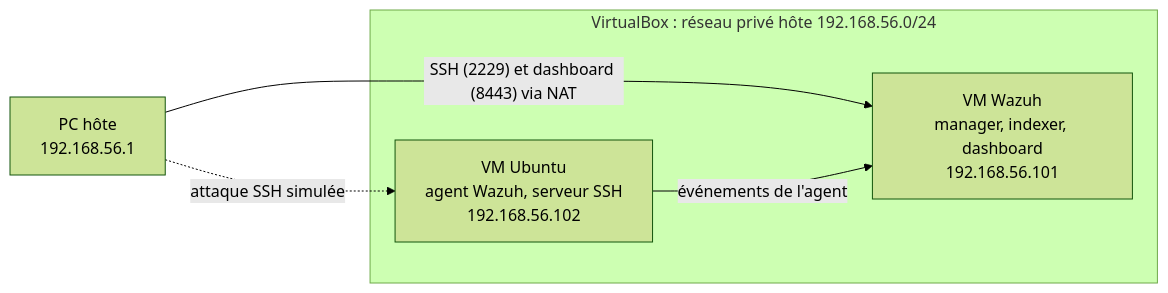
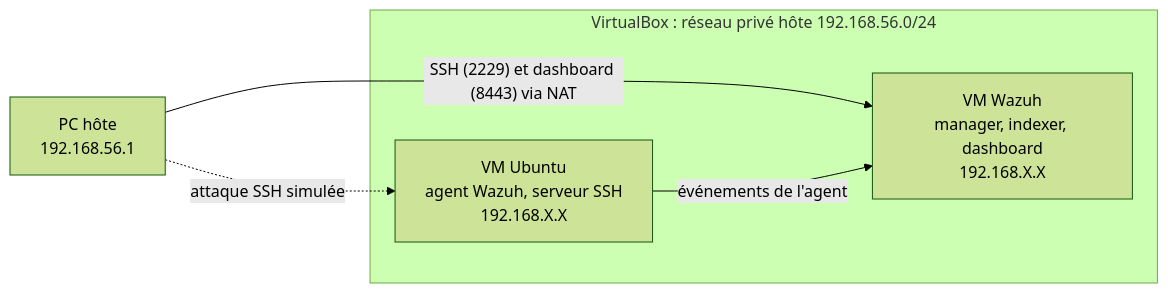
Before and after one commit to CeliaRami/wazuh-soc-lab: the diagram in README.md, drawn with Mermaid (forest theme).

````diff
--- a/README.md
+++ b/README.md
@@ -16,11 +16,11 @@
 ```mermaid
 flowchart LR
   PC["PC hôte<br/>192.168.56.1"]
   subgraph VB["VirtualBox : réseau privé hôte 192.168.56.0/24"]
-    W["VM Wazuh<br/>manager, indexer, dashboard<br/>192.168.56.101"]
-    U["VM Ubuntu<br/>agent Wazuh, serveur SSH<br/>192.168.56.102"]
+    W["VM Wazuh<br/>manager, indexer, dashboard<br/>192.168.X.X"]
+    U["VM Ubuntu<br/>agent Wazuh, serveur SSH<br/>192.168.X.X"]
   end
   PC -->|"SSH (2229) et dashboard (8443) via NAT"| W
   U -->|"événements de l'agent"| W
   PC -.->|"attaque SSH simulée"| U
 ```
````
